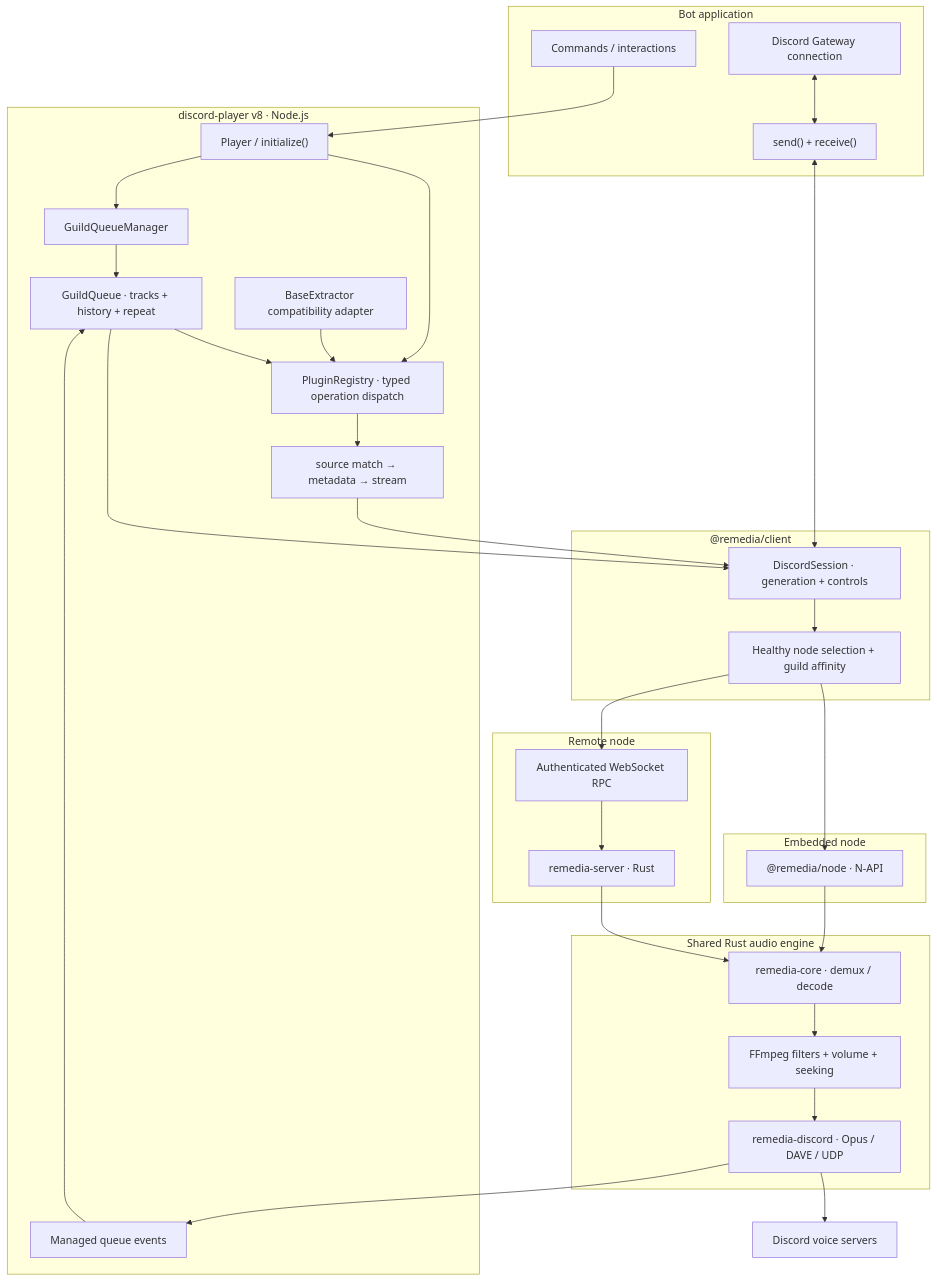
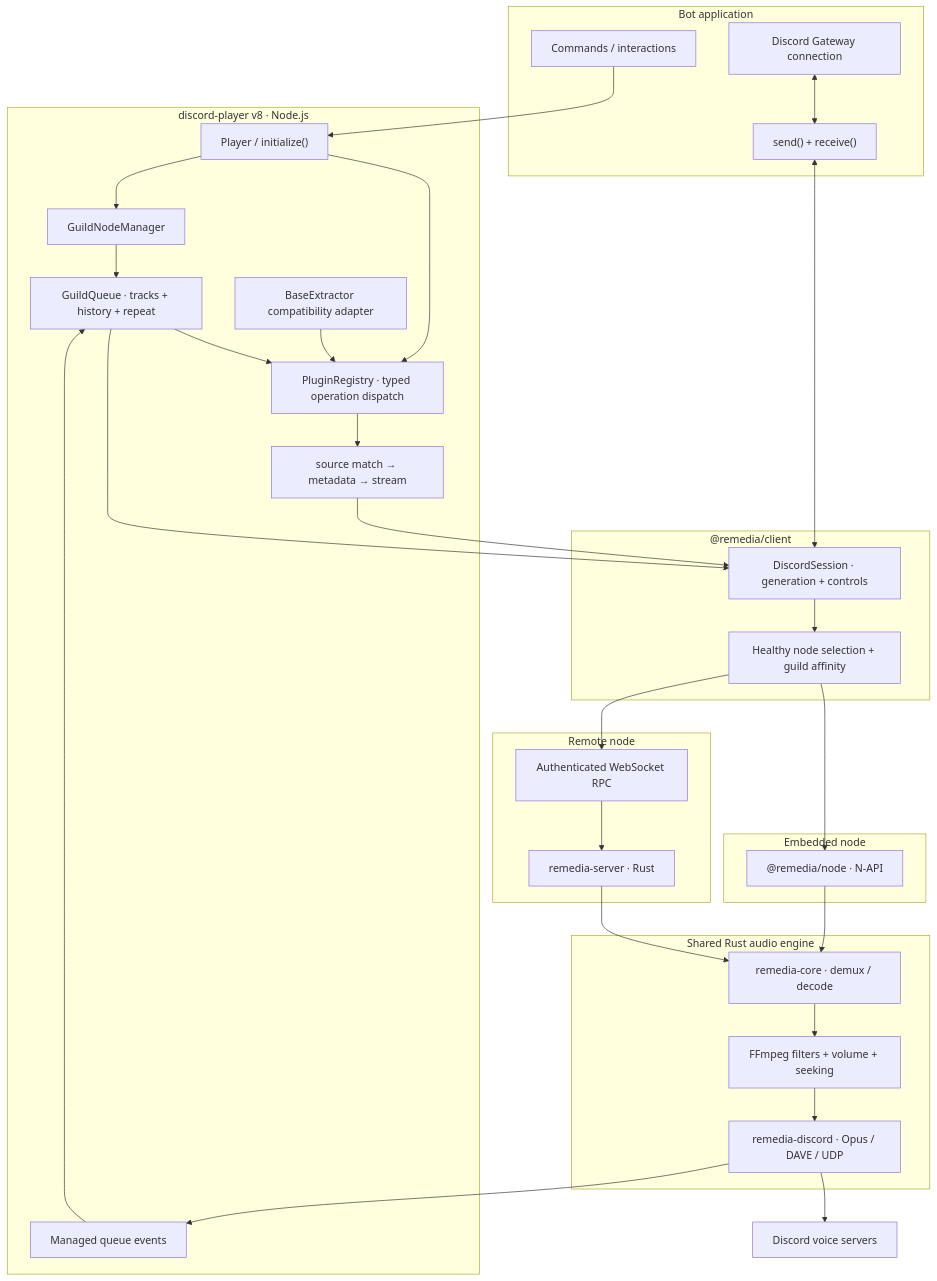
One commit to Androz2091/discord-player changed the diagram in apps/website/content/docs/architecture/index.mdx. Above: the diagram before and after it, drawn with Mermaid. The commit also changed other lines of this file and 24 other files, not shown here.

````diff
--- a/apps/website/content/docs/architecture/index.mdx
+++ b/apps/website/content/docs/architecture/index.mdx
@@ -14,51 +14,51 @@
 ```mermaid
 flowchart TB
   subgraph Application["Bot application"]
     Commands["Commands / interactions"]
     Gateway["Discord Gateway connection"]
     Forward["send() + receive()"]
   end
   subgraph Framework["discord-player v8 · Node.js"]
     Player["Player / initialize()"]
-    Queues["GuildQueueManager"]
+    Queues["GuildNodeManager"]
     Queue["GuildQueue · tracks + history + repeat"]
     Registry["PluginRegistry · typed operation dispatch"]
     Legacy["BaseExtractor compatibility adapter"]
     Sources["source match → metadata → stream"]
     Events["Managed queue events"]
   end
   subgraph Client["@remedia/client"]
     Placement["Healthy node selection + guild affinity"]
     Session["DiscordSession · generation + controls"]
   end
   subgraph Local["Embedded node"]
     Addon["@remedia/node · N-API"]
   end
   subgraph Remote["Remote node"]
     RPC["Authenticated WebSocket RPC"]
     Server["remedia-server · Rust"]
   end
   subgraph Engine["Shared Rust audio engine"]
     Core["remedia-core · demux / decode"]
     Filters["FFmpeg filters + volume + seeking"]
     Voice["remedia-discord · Opus / DAVE / UDP"]
   end
   Output["Discord voice servers"]
   Commands --> Player
   Gateway <--> Forward
   Forward <--> Session
   Player --> Queues --> Queue
   Player --> Registry
   Legacy --> Registry
   Queue --> Registry --> Sources
   Sources --> Session
   Queue --> Session
   Session --> Placement
   Placement --> Addon
   Placement --> RPC --> Server
   Addon --> Core
   Server --> Core
   Core --> Filters --> Voice --> Output
   Voice --> Events
   Events --> Queue
 ```
````
